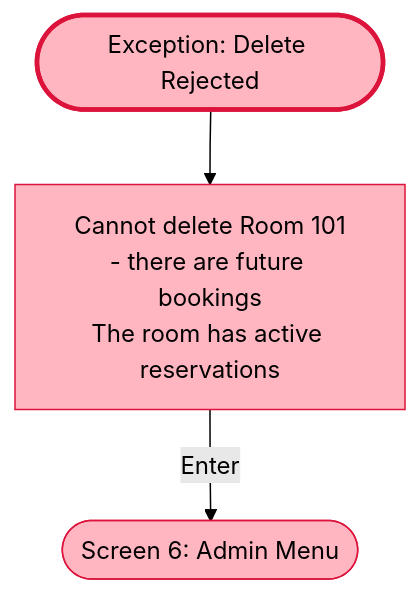
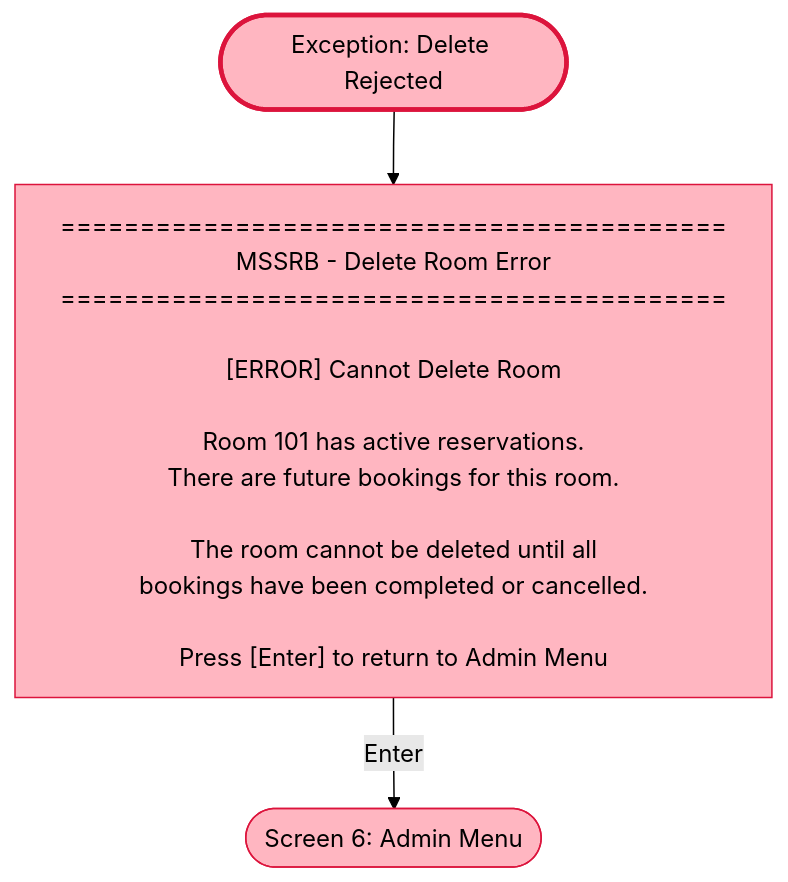
Before and after one commit to alii0110-monash/fit5136-study-room-booking: the diagram in mermaid/member_b/exception_delete_rejected.mmd, drawn with Mermaid (forest theme). The commit also changed 14 other files, not shown here.

First line of the commit message:
Convert all Mermaid files to screen-style format

```diff
--- a/mermaid/member_b/exception_delete_rejected.mmd
+++ b/mermaid/member_b/exception_delete_rejected.mmd
@@ -1,11 +1,27 @@
 flowchart TB
     DELETE_REJECTED(["Exception: Delete Rejected"])
-    DR1["Cannot delete Room 101<br>- there are future bookings<br>The room has active reservations"]
+
+    DR1["
+==========================================
+MSSRB - Delete Room Error
+==========================================
+
+[ERROR] Cannot Delete Room
+
+Room 101 has active reservations.
+There are future bookings for this room.
+
+The room cannot be deleted until all
+bookings have been completed or cancelled.
+
+Press [Enter] to return to Admin Menu
+    "]
+
     ADMIN(["Screen 6: Admin Menu"])
 
     DELETE_REJECTED --> DR1
     DR1 -->|"Enter"| ADMIN
 
     style DELETE_REJECTED fill:#FFB6C1,stroke:#DC143C,stroke-width:3px
     style DR1 fill:#FFB6C1,stroke:#DC143C
     style ADMIN fill:#FFB6C1,stroke:#DC143C
```
